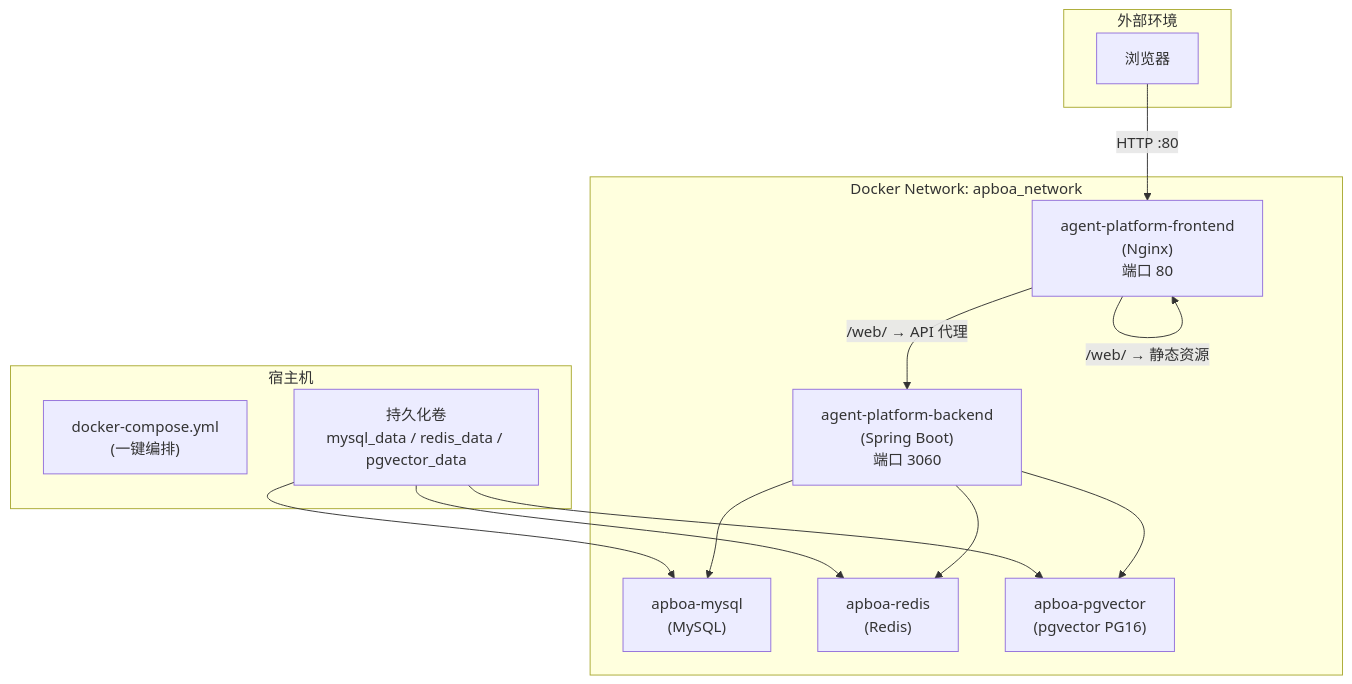
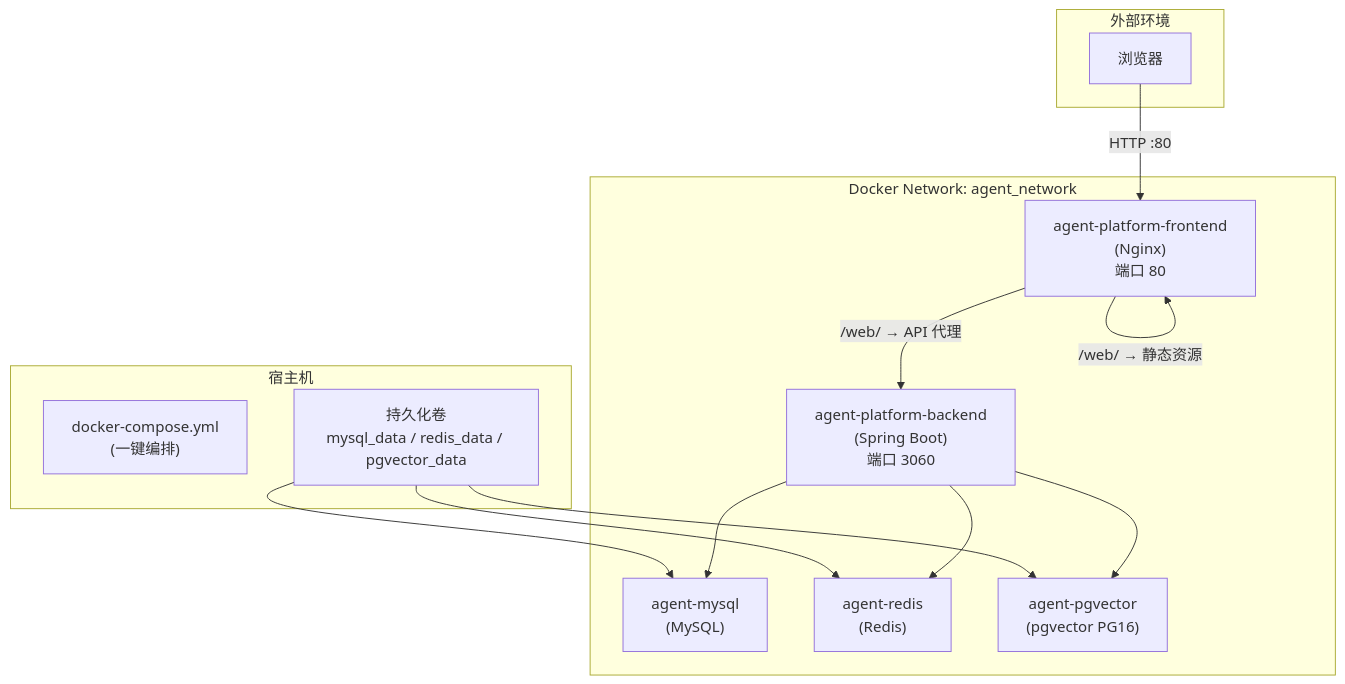
The third of 5 diagrams in source/agent-platform-ui/src/doc/content/build-doc/index.md (frankrich92/agent-platform), drawn with Mermaid before and after one commit. The commit also changed other lines of this file and 13 other files, not shown here.

````diff
--- a/source/agent-platform-ui/src/doc/content/build-doc/index.md
+++ b/source/agent-platform-ui/src/doc/content/build-doc/index.md
@@ -298,29 +298,29 @@
 ```mermaid
 graph TD
     subgraph External["外部环境"]
         Browser["浏览器"]
     end
 
-    subgraph DockerNetwork["Docker Network: apboa_network"]
+    subgraph DockerNetwork["Docker Network: agent_network"]
         Nginx["agent-platform-frontend\n(Nginx)\n端口 80"]
         Backend["agent-platform-backend\n(Spring Boot)\n端口 3060"]
-        MySQL["apboa-mysql\n(MySQL)"]
-        Redis["apboa-redis\n(Redis)"]
-        Pgvector["apboa-pgvector\n(pgvector PG16)"]
+        MySQL["agent-mysql\n(MySQL)"]
+        Redis["agent-redis\n(Redis)"]
+        Pgvector["agent-pgvector\n(pgvector PG16)"]
     end
 
     subgraph Host["宿主机"]
         Compose["docker-compose.yml\n(一键编排)"]
         Volumes["持久化卷\nmysql_data / redis_data / pgvector_data"]
     end
 
     Browser -->|"HTTP :80"| Nginx
     Nginx -->|"/web/ → 静态资源"| Nginx
     Nginx -->|"/web/ → API 代理"| Backend
     Backend --> MySQL
     Backend --> Redis
     Backend --> Pgvector
     Volumes --> MySQL
     Volumes --> Redis
     Volumes --> Pgvector
 ```
````
